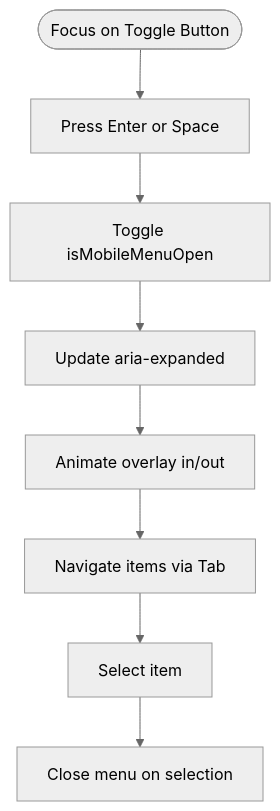
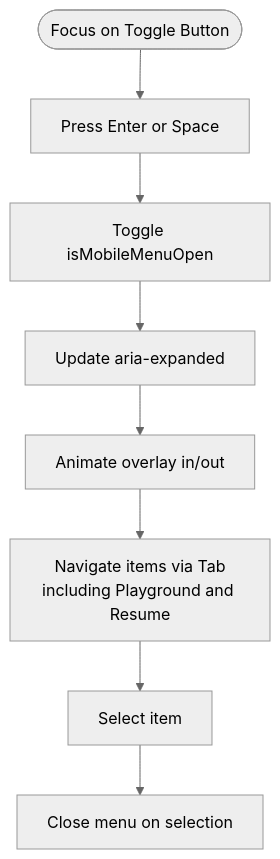
The sixth of 9 diagrams in .qoder/repowiki/en/content/Core Components/Navigation Component.md (tee-15/portfolio-tee), drawn with Mermaid (neutral theme) before and after one commit. The commit also changed other lines of this file and 27 other files, not shown here.

````diff
--- a/.qoder/repowiki/en/content/Core Components/Navigation Component.md
+++ b/.qoder/repowiki/en/content/Core Components/Navigation Component.md
@@ -216,10 +239,10 @@
 ```mermaid
 flowchart TD
 Start(["Focus on Toggle Button"]) --> PressEnter["Press Enter or Space"]
 PressEnter --> ToggleMenu["Toggle isMobileMenuOpen"]
 ToggleMenu --> UpdateARIA["Update aria-expanded"]
 UpdateARIA --> ShowOverlay["Animate overlay in/out"]
-ShowOverlay --> NavigateItems["Navigate items via Tab"]
+ShowOverlay --> NavigateItems["Navigate items via Tab<br/>including Playground and Resume"]
 NavigateItems --> SelectItem["Select item"]
 SelectItem --> CloseMenu["Close menu on selection"]
 ```
````
